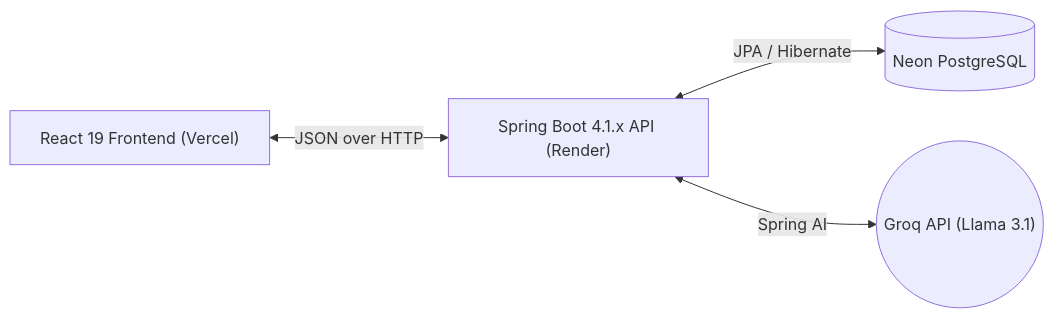
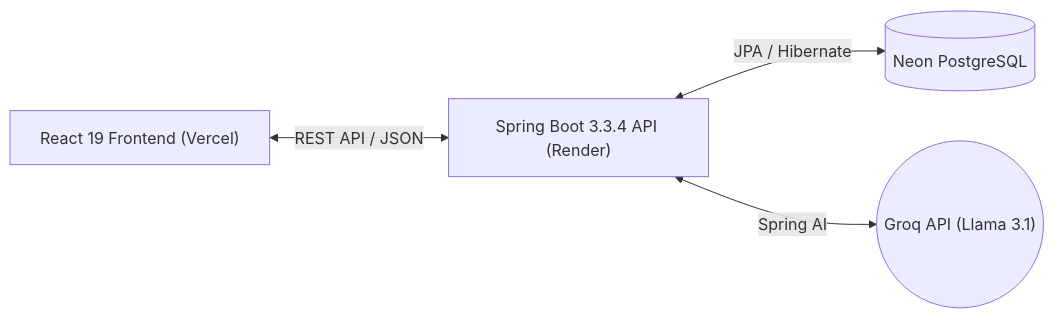
Before and after one commit to VSK-777/InternSpark-Internship: the diagram in TASK-4/README.md, drawn with Mermaid. The commit also changed other lines of this file and 14 other files, not shown here.

````diff
--- a/TASK-4/README.md
+++ b/TASK-4/README.md
@@ -22,6 +22,6 @@
 ```mermaid
 flowchart LR
-    A["React 19 Frontend (Vercel)"] <-->|"JSON over HTTP"| B["Spring Boot 4.1.x API (Render)"]
+    A["React 19 Frontend (Vercel)"] <-->|"REST API / JSON"| B["Spring Boot 3.3.4 API (Render)"]
     B <-->|"JPA / Hibernate"| C[("Neon PostgreSQL")]
     B <-->|"Spring AI"| D(("Groq API (Llama 3.1)"))
 ```
````
